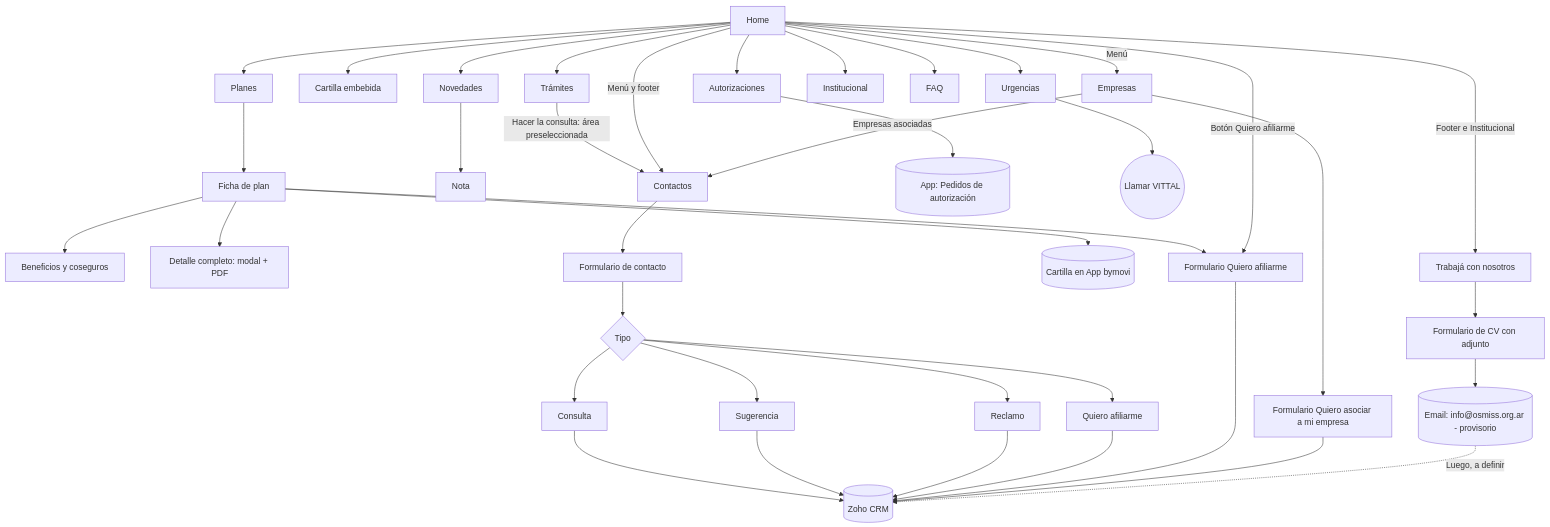
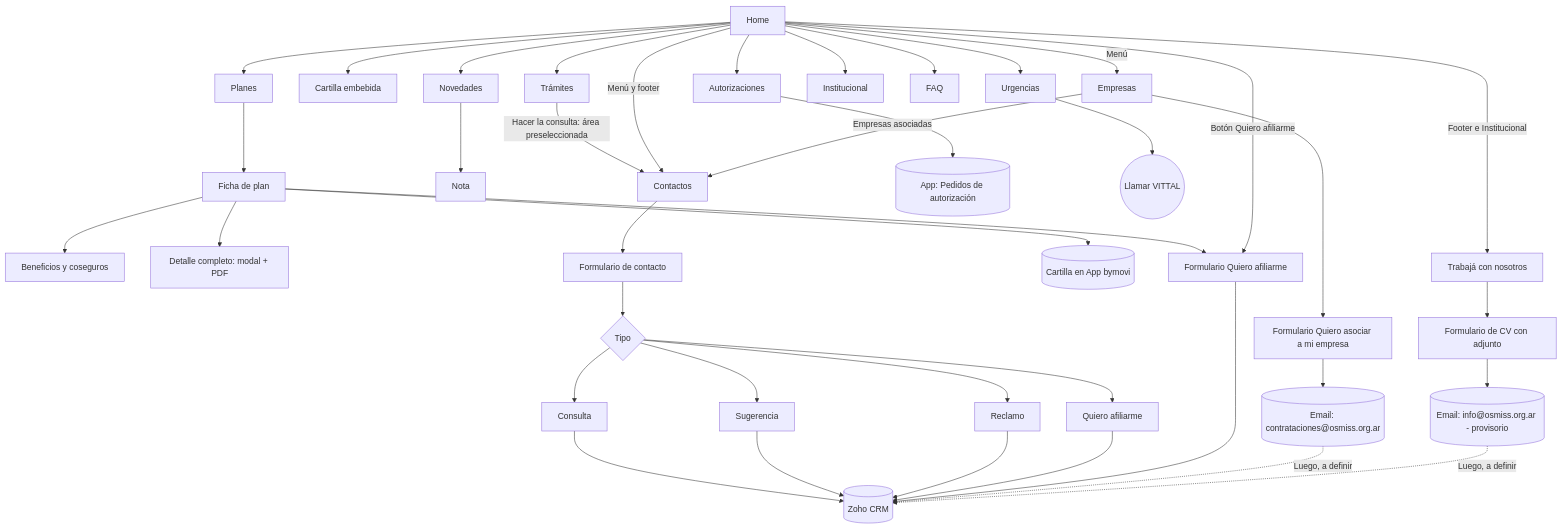
Before and after one commit to eneue2020/web: the diagram in MAPA-DEL-SITIO.md, drawn with Mermaid. The commit also changed other lines of this file and 4 other files, not shown here.

First line of the commit message:
Empresas: el formulario va a contrataciones@osmiss.org.ar (hasta definir el CRM)

````diff
--- a/MAPA-DEL-SITIO.md
+++ b/MAPA-DEL-SITIO.md
@@ -60,37 +60,38 @@
 ```mermaid
 flowchart TD
     H[Home] --> P[Planes]
     P --> P1[Ficha de plan]
     P1 --> B[Beneficios y coseguros]
     P1 --> D[Detalle completo: modal + PDF]
     P1 --> A[Formulario Quiero afiliarme]
     P1 --> C[(Cartilla en App bymovi)]
     H --> CA[Cartilla embebida]
     H --> N[Novedades] --> N1[Nota]
     H --> T[Trámites] -->|Hacer la consulta: área preseleccionada| CO
     H --> AU[Autorizaciones] --> APP[(App: Pedidos de autorización)]
     H --> U[Urgencias] --> TEL((Llamar VITTAL))
     H --> I[Institucional]
     H --> F[FAQ]
     H -->|Menú y footer| CO[Contactos]
     H -->|Botón Quiero afiliarme| A
     CO --> FC[Formulario de contacto]
     FC --> TIPO{Tipo}
     TIPO --> T1[Consulta]
     TIPO --> T2[Sugerencia]
     TIPO --> T3[Reclamo]
     TIPO --> T4[Quiero afiliarme]
     T1 --> Z[(Zoho CRM)]
     T2 --> Z
     T3 --> Z
     T4 --> Z
     A --> Z
     H -->|Footer e Institucional| TR[Trabajá con nosotros]
     TR --> CV[Formulario de CV con adjunto]
     CV --> RH[(Email: info@osmiss.org.ar - provisorio)]
     H -->|Menú| EM[Empresas]
     EM --> FE[Formulario Quiero asociar a mi empresa]
-    FE --> Z
+    FE --> EE[(Email: contrataciones@osmiss.org.ar)]
+    EE -.->|Luego, a definir| Z
     EM -->|Empresas asociadas| CO
     RH -.->|Luego, a definir| Z
 ```
````
